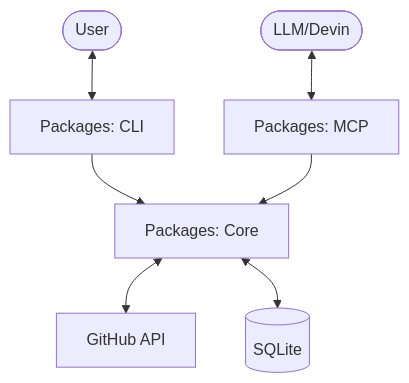
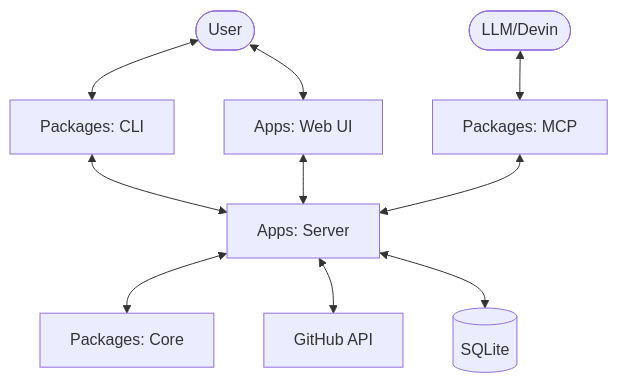
Before and after one commit to LoFi-Monk/github-project-management: the diagram in .agent/docs/architecture/01-overview.md, drawn with Mermaid.

Commit message:
docs: refine architecture data flow diagram to include server

````diff
--- a/.agent/docs/architecture/01-overview.md
+++ b/.agent/docs/architecture/01-overview.md
@@ -30,9 +30,14 @@
 ```mermaid
 graph TD
     User([User]) <--> CLI[Packages: CLI]
+    User <--> Web[Apps: Web UI]
     LLM([LLM/Devin]) <--> MCP[Packages: MCP]
-    CLI --> Core[Packages: Core]
-    MCP --> Core
-    Core <--> GH[GitHub API]
-    Core <--> DB[(SQLite)]
+
+    CLI <--> Server[Apps: Server]
+    Web <--> Server
+    MCP <--> Server
+
+    Server <--> Core[Packages: Core]
+    Server <--> GH[GitHub API]
+    Server <--> DB[(SQLite)]
 ```
````
